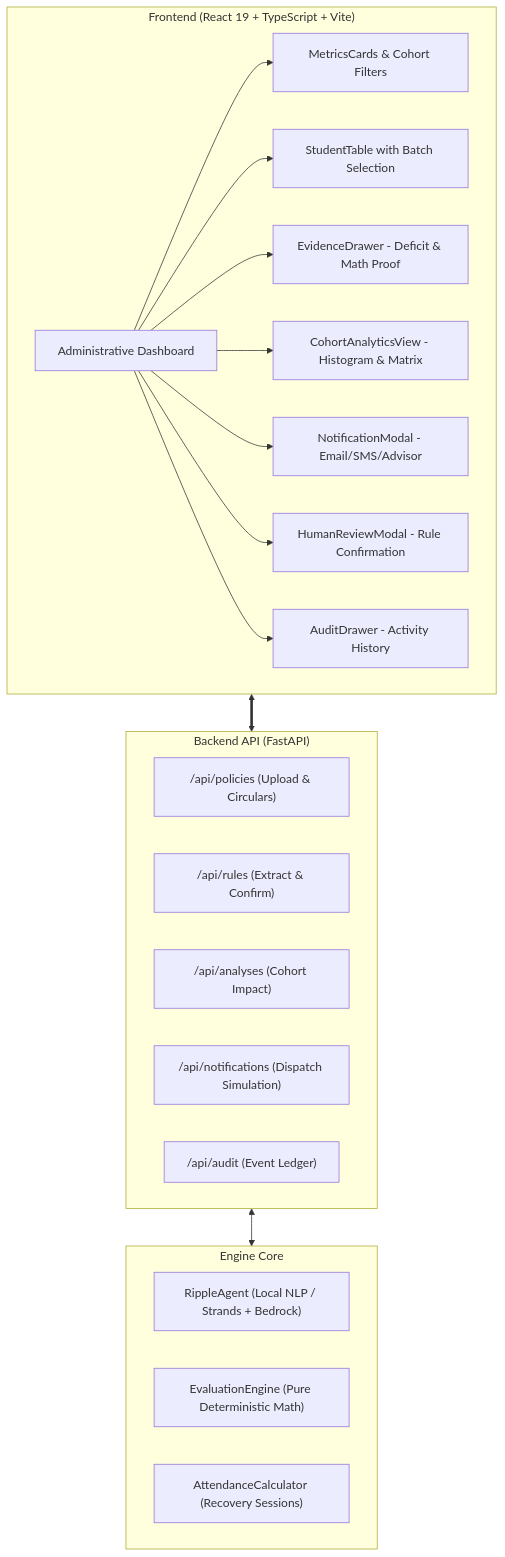
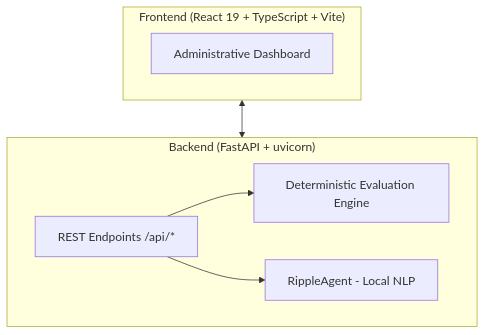
The first of 2 diagrams in README.md (advai-th/Ripple), drawn with Mermaid before and after one commit. The commit also changed other lines of this file and 1 other file, not shown here.

````diff
--- a/README.md
+++ b/README.md
@@ -129,30 +153,16 @@
 ```mermaid
 graph TD
     subgraph Client ["Frontend (React 19 + TypeScript + Vite)"]
         UI[Administrative Dashboard]
-        UI --> MC[MetricsCards & Cohort Filters]
-        UI --> ST[StudentTable with Batch Selection]
-        UI --> ED[EvidenceDrawer - Deficit & Math Proof]
-        UI --> CA[CohortAnalyticsView - Histogram & Matrix]
-        UI --> NM[NotificationModal - Email/SMS/Advisor]
-        UI --> HM[HumanReviewModal - Rule Confirmation]
-        UI --> AD[AuditDrawer - Activity History]
     end
 
-    subgraph API ["Backend API (FastAPI)"]
-        RT_POL["/api/policies (Upload & Circulars)"]
-        RT_RUL["/api/rules (Extract & Confirm)"]
-        RT_ANL["/api/analyses (Cohort Impact)"]
-        RT_NOT["/api/notifications (Dispatch Simulation)"]
-        RT_AUD["/api/audit (Event Ledger)"]
+    subgraph LocalAPI ["Backend (FastAPI + uvicorn)"]
+        RT["REST Endpoints /api/*"]
+        ENGINE[Deterministic Evaluation Engine]
+        AGENT[RippleAgent - Local NLP]
+        RT --> ENGINE
+        RT --> AGENT
     end
 
-    subgraph Core ["Engine Core"]
-        AGENT["RippleAgent (Local NLP / Strands + Bedrock)"]
-        ENGINE["EvaluationEngine (Pure Deterministic Math)"]
-        CALC["AttendanceCalculator (Recovery Sessions)"]
-    end
-
-    Client <==> API
-    API <--> Core
+    Client <--> LocalAPI
 ```
````
